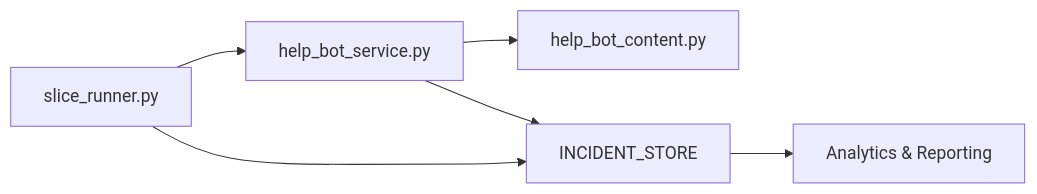
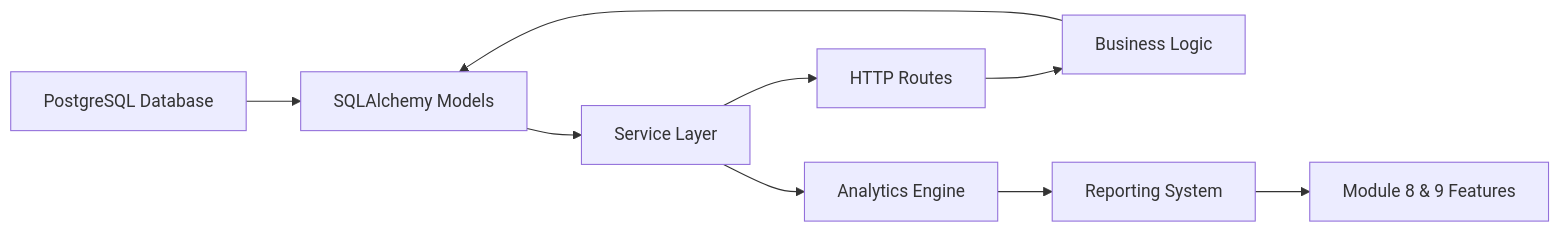
Before and after one commit to M-Rumman/LifeLine-Ride: the seventh of 7 diagrams in .qoder/repowiki/en/content/Incident & Outcome Tracking.md, drawn with Mermaid. The commit also changed other lines of this file and 4121 other files, not shown here.

````diff
--- a/.qoder/repowiki/en/content/Incident & Outcome Tracking.md
+++ b/.qoder/repowiki/en/content/Incident & Outcome Tracking.md
@@ -255,8 +374,11 @@
 ```mermaid
 graph LR
-SR["slice_runner.py"] --> HB["help_bot_service.py"]
-HB --> HC["help_bot_content.py"]
-SR --> Store["INCIDENT_STORE"]
-HB --> Store
-Store --> Reports["Analytics & Reporting"]
+DB["PostgreSQL Database"] --> Models["SQLAlchemy Models"]
+Models --> Services["Service Layer"]
+Services --> Routes["HTTP Routes"]
+Routes --> Controllers["Business Logic"]
+Controllers --> Models
+Services --> Analytics["Analytics Engine"]
+Analytics --> Reports["Reporting System"]
+Reports --> Module89["Module 8 & 9 Features"]
 ```
````
